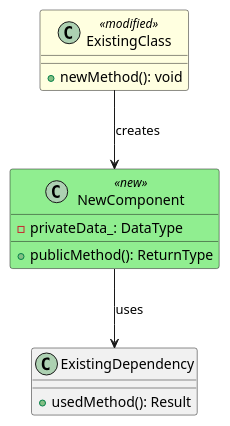
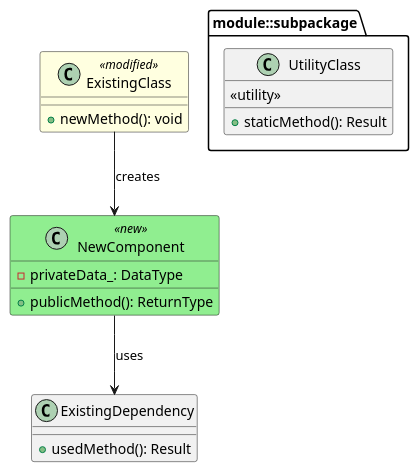
Before and after one commit to danielnewman09/MSD-CPP: the diagram in .claude/agents/cpp-architect.md, drawn with PlantUML. The commit also changed 76 other files, not shown here.

````diff
--- a/.claude/agents/cpp-architect.md
+++ b/.claude/agents/cpp-architect.md
@@ -59,28 +59,38 @@
 ```plantuml
 @startuml
 skinparam class {
     BackgroundColor<<new>> LightGreen
     BackgroundColor<<modified>> LightYellow
 }
 
 ' Mark NEW classes with <<new>> stereotype
 class NewComponent <<new>> {
     +publicMethod(): ReturnType
     -privateData_: DataType
 }
 
 ' Mark MODIFIED classes with <<modified>> stereotype
 class ExistingClass <<modified>> {
     +newMethod(): void
 }
 
 ' Show unchanged classes for context (no stereotype)
 class ExistingDependency {
     +usedMethod(): Result
 }
 
+' Use `package` for logical grouping — NEVER use `namespace`
+' (PlantUML `namespace` prepends the package name to class identifiers,
+'  breaking relationship references and stereotypes in class diagrams)
+package "module::subpackage" {
+    class UtilityClass {
+        <<utility>>
+        +staticMethod(): Result
+    }
+}
+
 ' Show relationships with labeled arrows
 NewComponent --> ExistingDependency : uses
 ExistingClass --> NewComponent : creates
 @enduml
 ```
````
